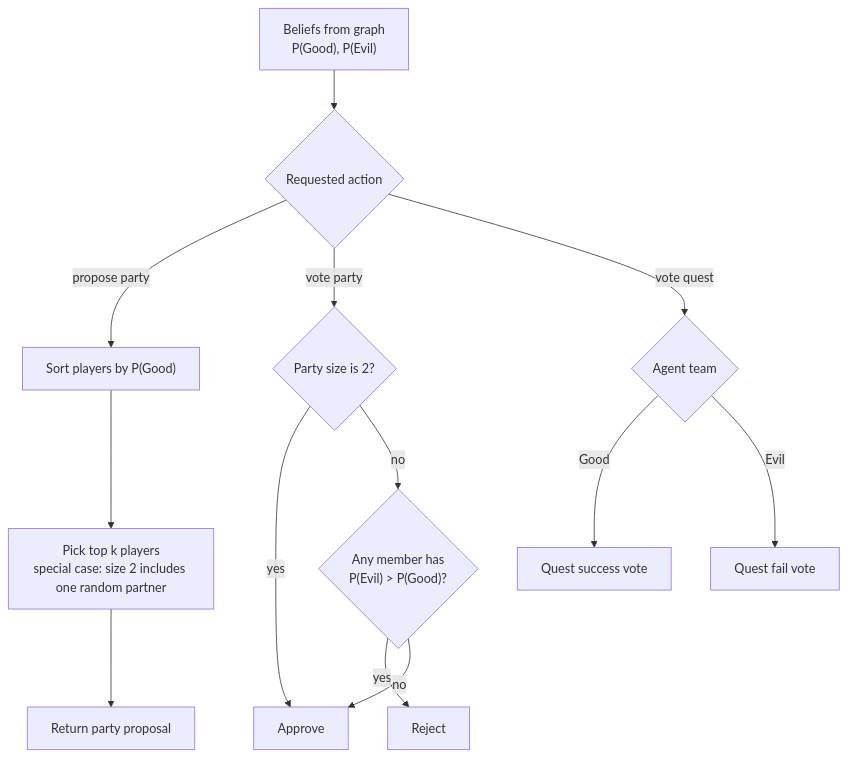
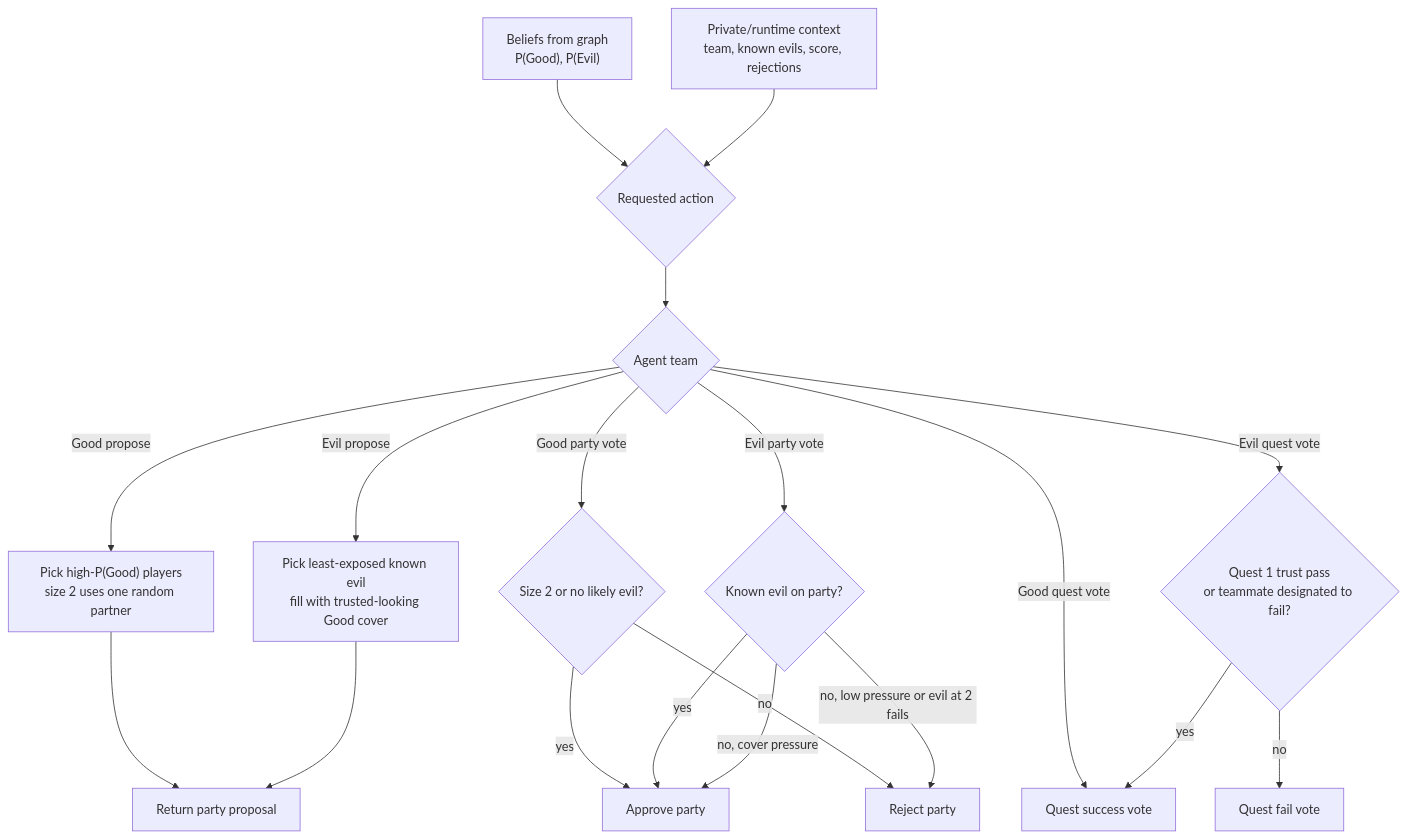
One commit to Yuzhifur/Avalon-Agent changed the sixth of 8 diagrams in docs/grail_beginner_guide.md. Above: the diagram before and after it, drawn with Mermaid. The commit also changed other lines of this file and 2 other files, not shown here.

````diff
--- a/docs/grail_beginner_guide.md
+++ b/docs/grail_beginner_guide.md
@@ -295,21 +332,30 @@
 ```mermaid
 flowchart TD
     Beliefs["Beliefs from graph<br/>P(Good), P(Evil)"]
+    Context["Private/runtime context<br/>team, known evils, score, rejections"]
     Task{"Requested action"}
+    Team{"Agent team"}
 
     Beliefs --> Task
+    Context --> Task
+    Task --> Team
 
-    Task -->|propose party| Sort["Sort players by P(Good)"]
-    Sort --> Pick["Pick top k players<br/>special case: size 2 includes one random partner"]
-    Pick --> Proposal["Return party proposal"]
+    Team -->|Good propose| GoodProposal["Pick high-P(Good) players<br/>size 2 uses one random partner"]
+    Team -->|Evil propose| EvilProposal["Pick least-exposed known evil<br/>fill with trusted-looking Good cover"]
+    GoodProposal --> Proposal["Return party proposal"]
+    EvilProposal --> Proposal
 
-    Task -->|vote party| CheckSize{"Party size is 2?"}
-    CheckSize -->|yes| Approve["Approve"]
-    CheckSize -->|no| AnyEvil{"Any member has<br/>P(Evil) > P(Good)?"}
-    AnyEvil -->|yes| Reject["Reject"]
-    AnyEvil -->|no| Approve
+    Team -->|Good party vote| GoodPartyVote{"Size 2 or no likely evil?"}
+    GoodPartyVote -->|yes| Approve["Approve party"]
+    GoodPartyVote -->|no| Reject["Reject party"]
 
-    Task -->|vote quest| Team{"Agent team"}
-    Team -->|Good| Pass["Quest success vote"]
-    Team -->|Evil| Fail["Quest fail vote"]
+    Team -->|Evil party vote| EvilPartyVote{"Known evil on party?"}
+    EvilPartyVote -->|yes| Approve
+    EvilPartyVote -->|no, low pressure or evil at 2 fails| Reject
+    EvilPartyVote -->|no, cover pressure| Approve
+
+    Team -->|Good quest vote| Pass["Quest success vote"]
+    Team -->|Evil quest vote| EvilQuestVote{"Quest 1 trust pass<br/>or teammate designated to fail?"}
+    EvilQuestVote -->|yes| Pass
+    EvilQuestVote -->|no| Fail["Quest fail vote"]
 ```
````
